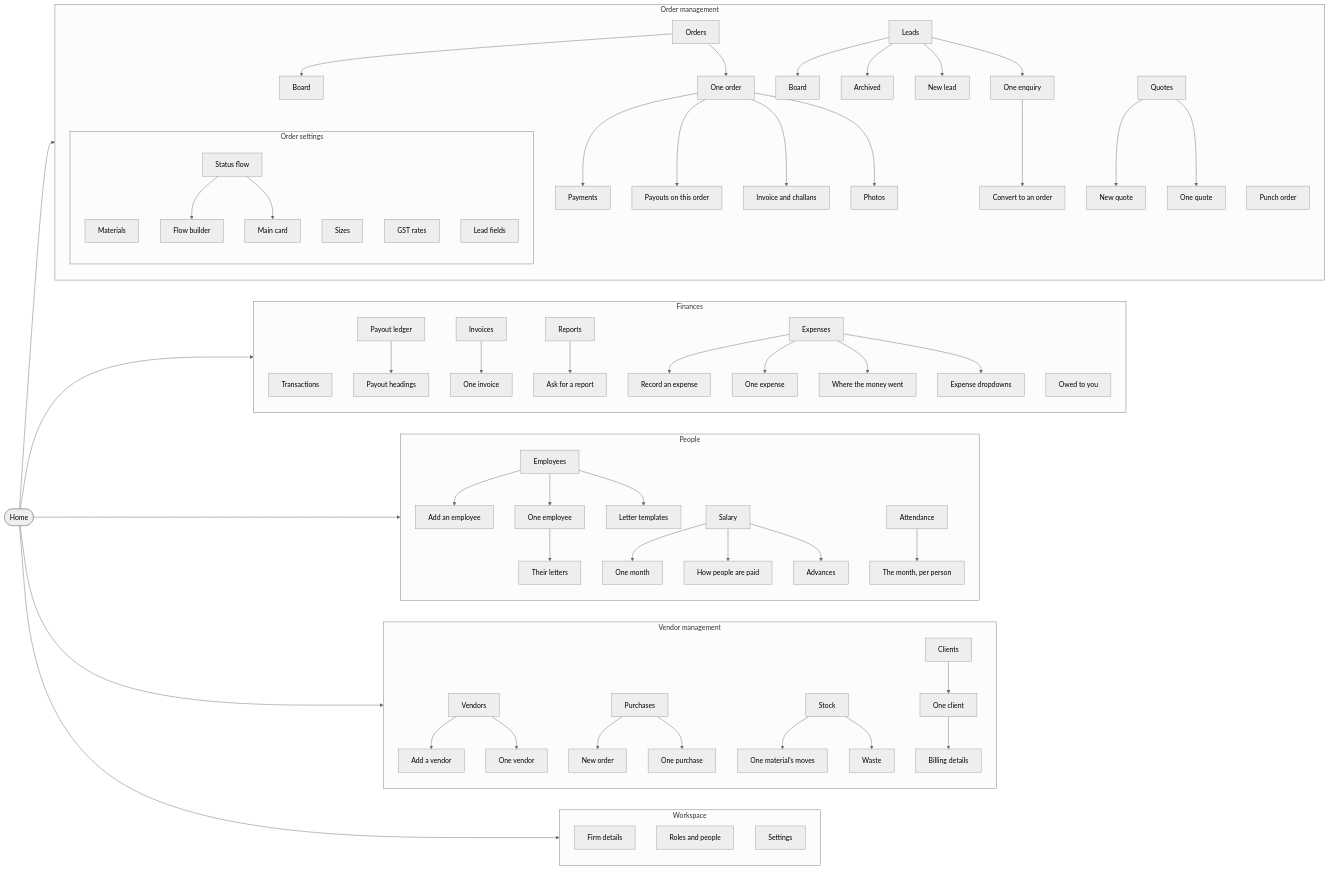
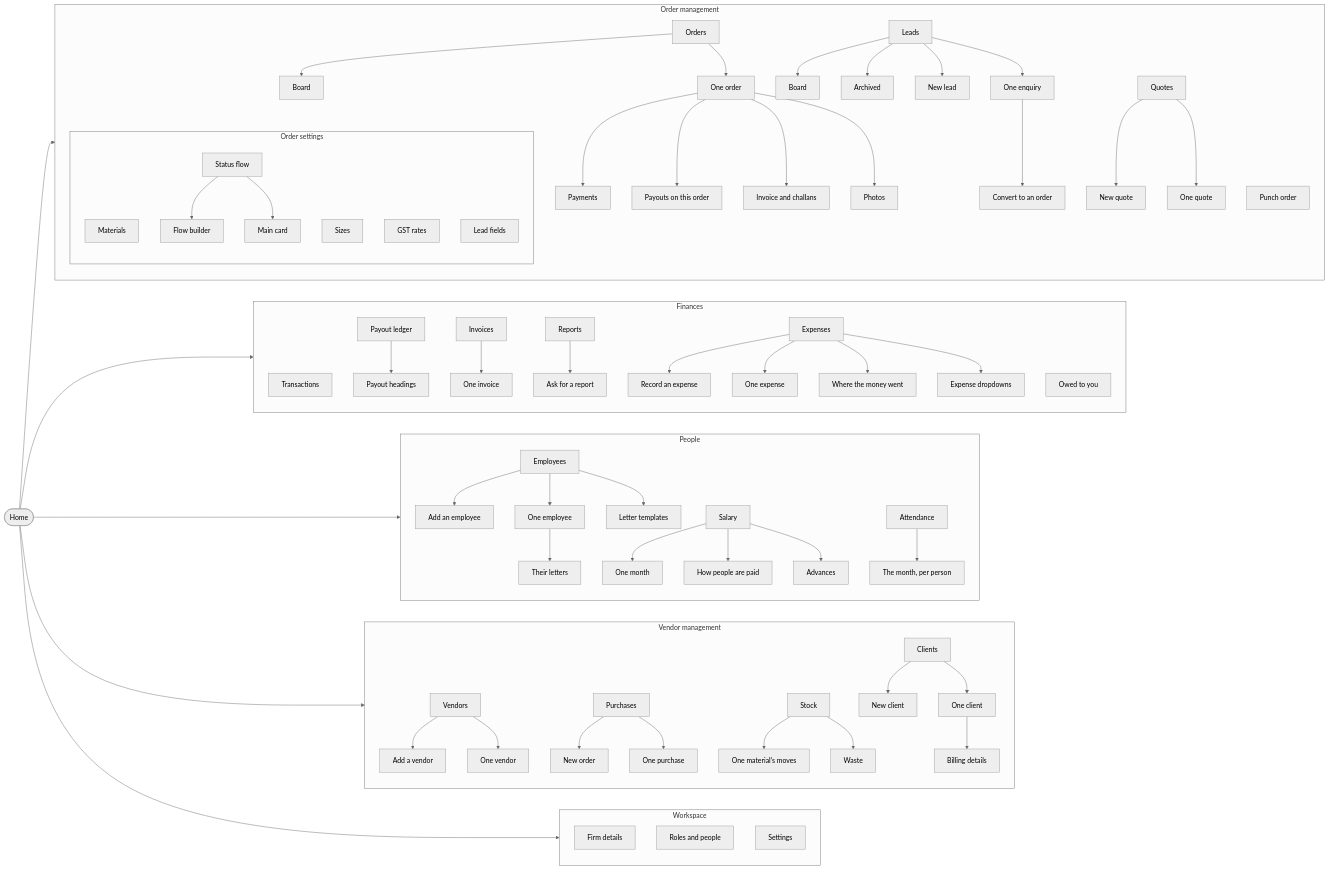
Before and after one commit to firstleaptechnologies-coder/factory-automation: the diagram in docs/NAVIGATION.md, drawn with Mermaid (neutral theme). The commit also changed other lines of this file and 19 other files, not shown here.

```diff
--- a/docs/NAVIGATION.md
+++ b/docs/NAVIGATION.md
@@ -129,6 +129,8 @@
     stock_waste["Waste"]
     stock --> stock_waste
     clients["Clients"]
+    client_new["New client"]
+    clients --> client_new
     client_detail["One client"]
     clients --> client_detail
     client_firm["Billing details"]
```
